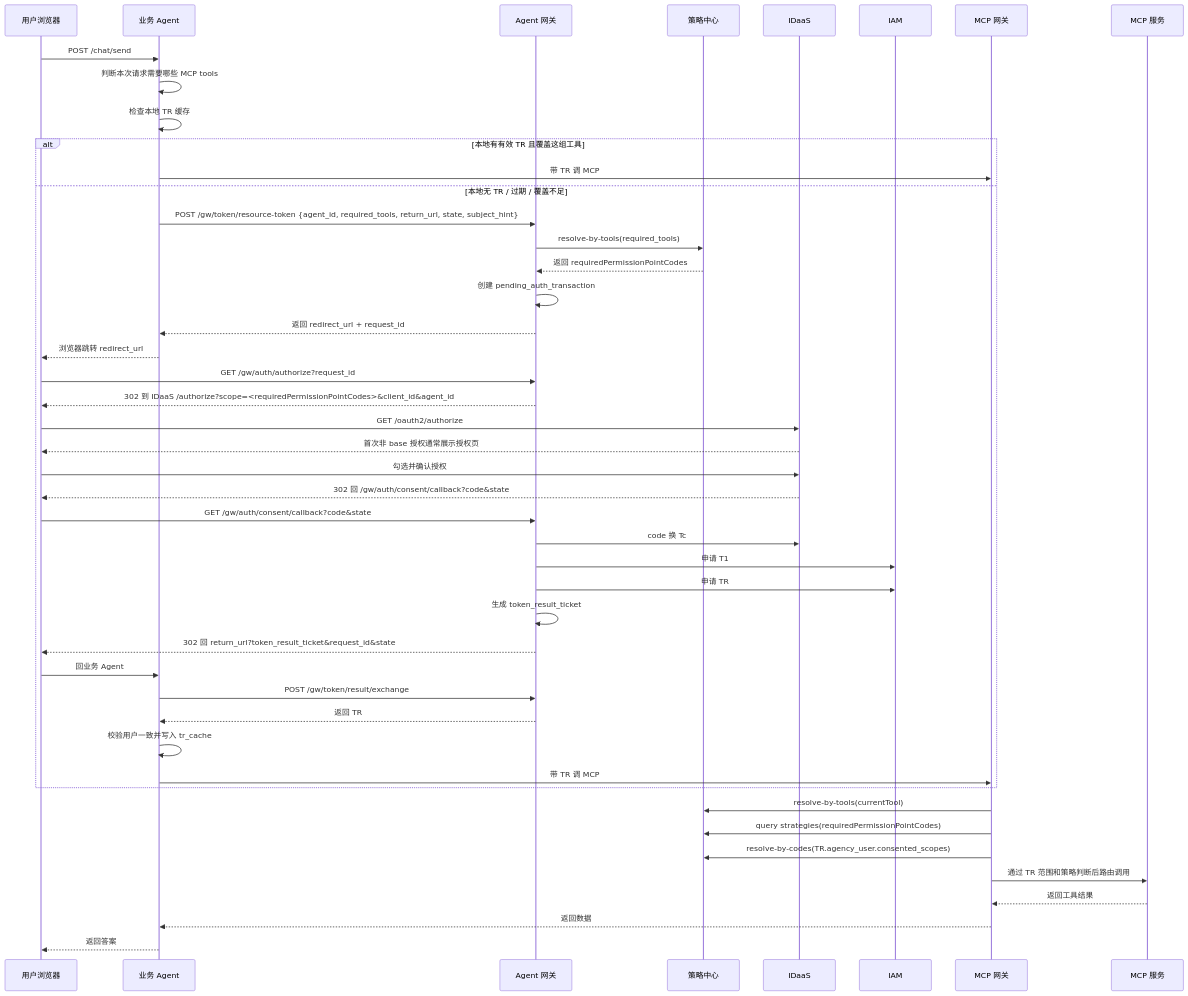
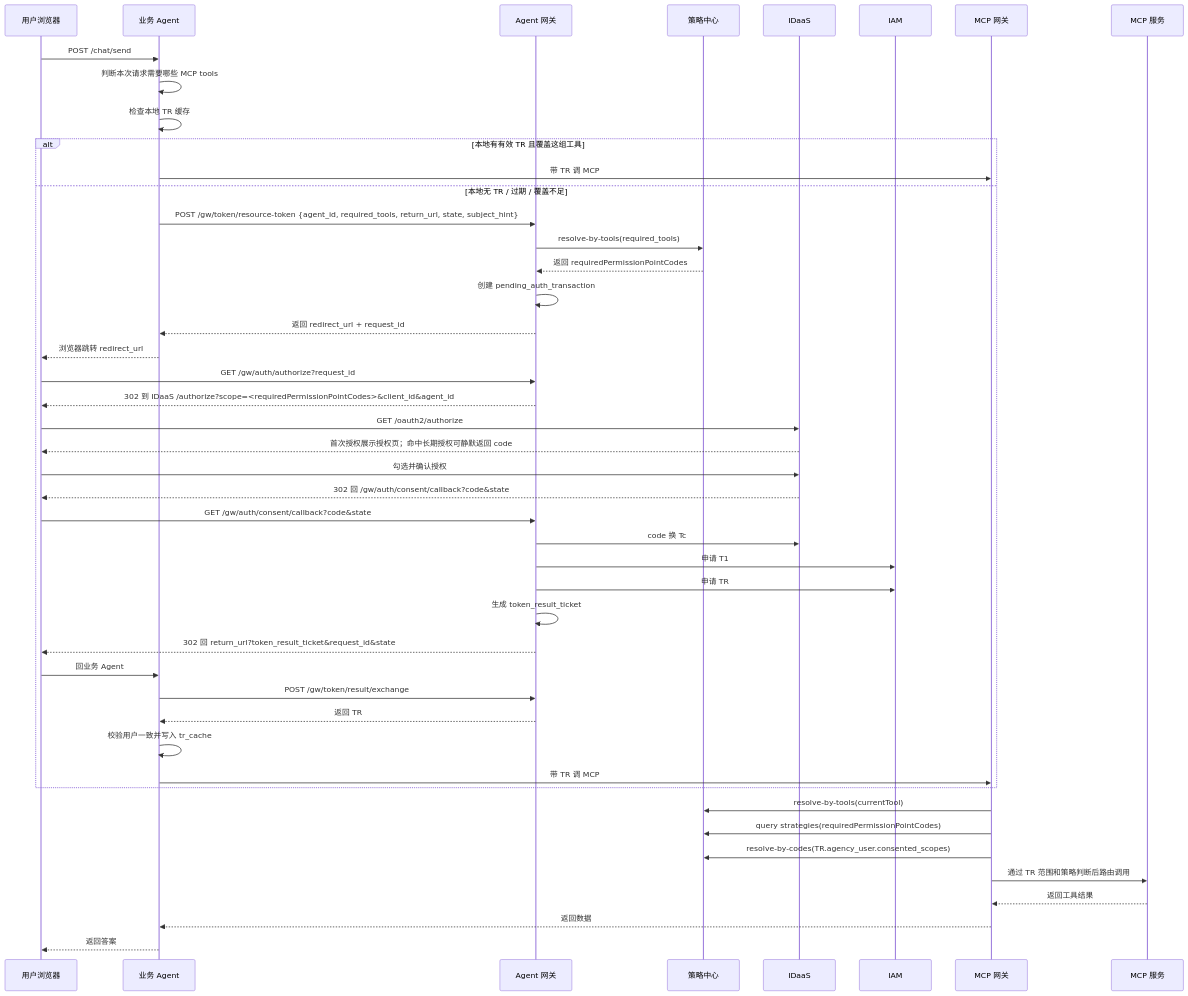
Before and after one commit to xuning117634-ux/auth-design-spec: the third of 3 diagrams in docs/final_design/02_引入Agent网关版方案.md, drawn with Mermaid. The commit also changed other lines of this file and 7 other files, not shown here.

````diff
--- a/docs/final_design/02_引入Agent网关版方案.md
+++ b/docs/final_design/02_引入Agent网关版方案.md
@@ -285,51 +289,51 @@
 ```mermaid
 sequenceDiagram
     participant 用户 as 用户浏览器
     participant Agent as 业务 Agent
     participant GW as Agent 网关
     participant PC as 策略中心
     participant IDaaS as IDaaS
     participant IAM as IAM
     participant MCP网关 as MCP 网关
     participant MCP服务 as MCP 服务
 
     用户->>Agent: POST /chat/send
     Agent->>Agent: 判断本次请求需要哪些 MCP tools
     Agent->>Agent: 检查本地 TR 缓存
 
     alt 本地有有效 TR 且覆盖这组工具
         Agent->>MCP网关: 带 TR 调 MCP
     else 本地无 TR / 过期 / 覆盖不足
         Agent->>GW: POST /gw/token/resource-token {agent_id, required_tools, return_url, state, subject_hint}
         GW->>PC: resolve-by-tools(required_tools)
         PC-->>GW: 返回 requiredPermissionPointCodes
         GW->>GW: 创建 pending_auth_transaction
         GW-->>Agent: 返回 redirect_url + request_id
         Agent-->>用户: 浏览器跳转 redirect_url
         用户->>GW: GET /gw/auth/authorize?request_id
         GW-->>用户: 302 到 IDaaS /authorize?scope=<requiredPermissionPointCodes>&client_id&agent_id
         用户->>IDaaS: GET /oauth2/authorize
-        IDaaS-->>用户: 首次非 base 授权通常展示授权页
+        IDaaS-->>用户: 首次授权展示授权页；命中长期授权可静默返回 code
         用户->>IDaaS: 勾选并确认授权
         IDaaS-->>用户: 302 回 /gw/auth/consent/callback?code&state
         用户->>GW: GET /gw/auth/consent/callback?code&state
         GW->>IDaaS: code 换 Tc
         GW->>IAM: 申请 T1
         GW->>IAM: 申请 TR
         GW->>GW: 生成 token_result_ticket
         GW-->>用户: 302 回 return_url?token_result_ticket&request_id&state
         用户->>Agent: 回业务 Agent
         Agent->>GW: POST /gw/token/result/exchange
         GW-->>Agent: 返回 TR
         Agent->>Agent: 校验用户一致并写入 tr_cache
         Agent->>MCP网关: 带 TR 调 MCP
     end
 
     MCP网关->>PC: resolve-by-tools(currentTool)
     MCP网关->>PC: query strategies(requiredPermissionPointCodes)
     MCP网关->>PC: resolve-by-codes(TR.agency_user.consented_scopes)
     MCP网关->>MCP服务: 通过 TR 范围和策略判断后路由调用
     MCP服务-->>MCP网关: 返回工具结果
     MCP网关-->>Agent: 返回数据
     Agent-->>用户: 返回答案
 ```
````
